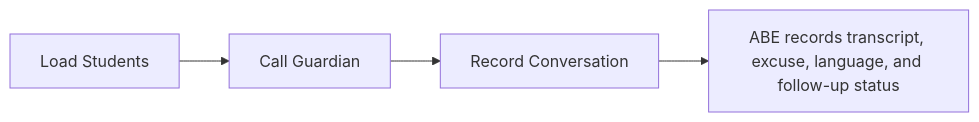
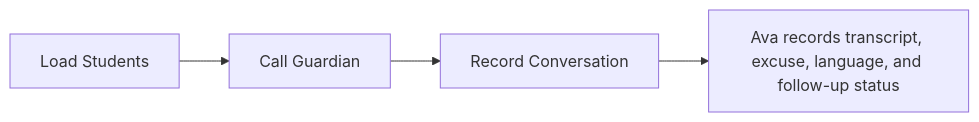
One commit to gonzalj3/hallPassAttendanceOfficer changed the fifth of 5 diagrams in README.md. Above: the diagram before and after it, drawn with Mermaid. The commit also changed other lines of this file and 6 other files, not shown here.

````diff
--- a/README.md
+++ b/README.md
@@ -57,5 +57,5 @@
 ```mermaid
 flowchart LR
   A["Load Students"] --> B["Call Guardian"] --> C["Record Conversation"]
-  C --> D["ABE records transcript, excuse, language, and follow-up status"]
+  C --> D["Ava records transcript, excuse, language, and follow-up status"]
 ```
````
